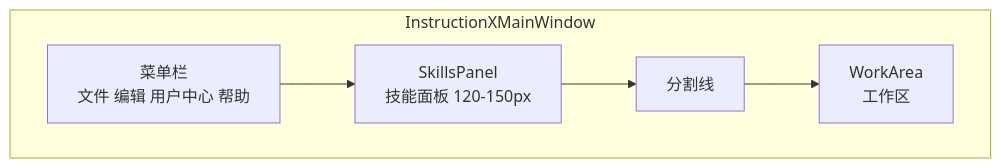
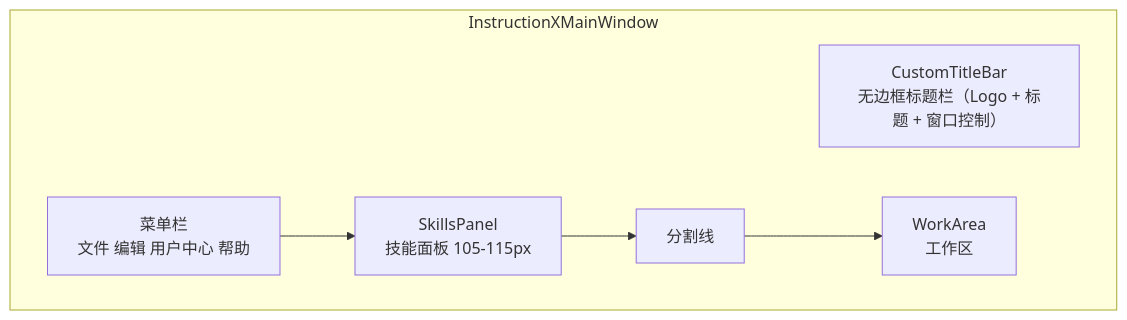
Before and after one commit to KKPIP-Tech/InstructionX: the first of 4 diagrams in docs/ui/main-window.md, drawn with Mermaid. The commit also changed other lines of this file and 2 other files, not shown here.

````diff
--- a/docs/ui/main-window.md
+++ b/docs/ui/main-window.md
@@ -19,13 +19,14 @@
 ```mermaid
 graph TB
     subgraph Window["InstructionXMainWindow"]
+        TitleBar["CustomTitleBar<br/>无边框标题栏（Logo + 标题 + 窗口控制）"]
         Menu["菜单栏<br/>文件 编辑 用户中心 帮助"]
-        SP["SkillsPanel<br/>技能面板 120-150px"]
+        SP["SkillsPanel<br/>技能面板 105-115px"]
         Divider["分割线"]
         WA["WorkArea<br/>工作区"]
     end
 
     Menu --> SP
     SP --> Divider
     Divider --> WA
 ```
````
